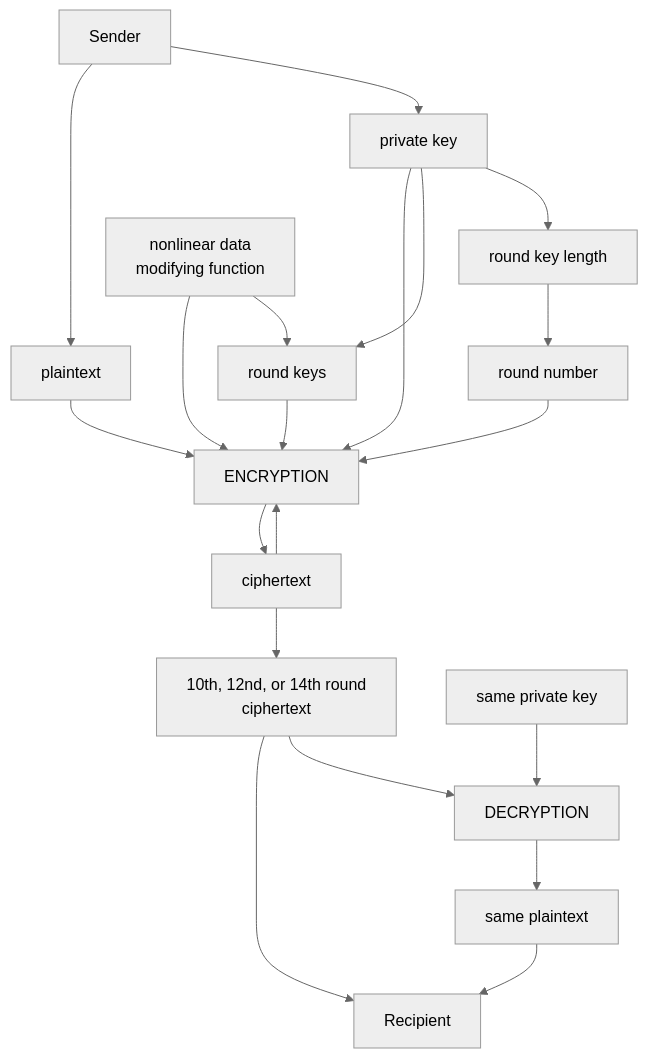
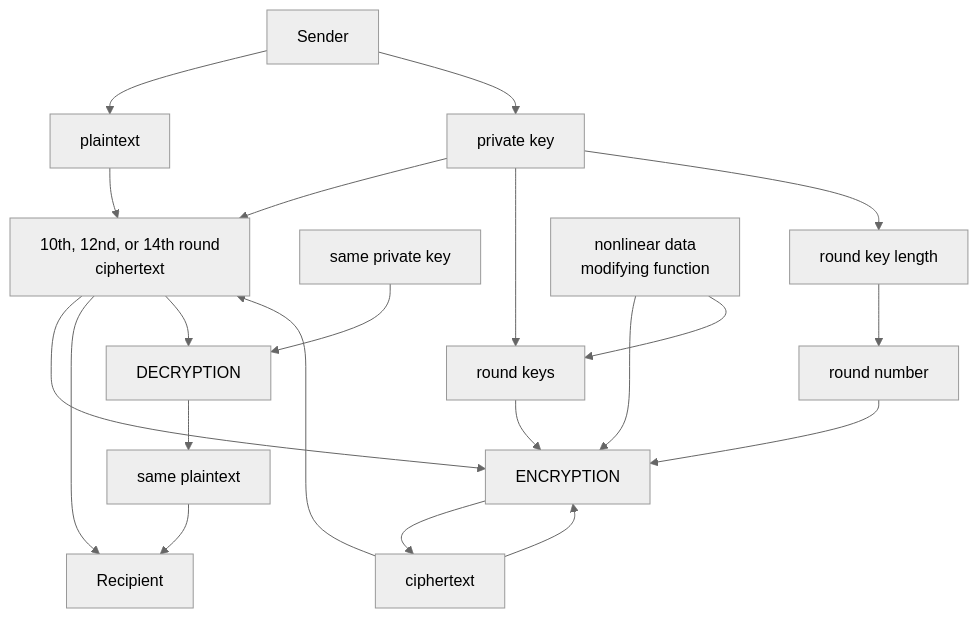
One commit to Kietpawpan/encryption changed the diagram in README.md. Above: the diagram before and after it, drawn with Mermaid (neutral theme).

````diff
--- a/README.md
+++ b/README.md
@@ -5,13 +5,13 @@
 ```mermaid
 flowchart TD
-    A[Sender] --> B[plaintext]-->D
-    C[private key]-->D[ENCRYPTION]-->E[ciphertext]-->D
+    A[Sender] --> B[plaintext]-->FN
+    C[private key]-->FN-->D[ENCRYPTION]-->E[ciphertext]-->D
     E-->FN[10th, 12nd, or 14th round\nciphertext]-->F[Recipient]
     C2[same private key]-->G[DECRYPTION]-->I[same plaintext]-->F
      FN-->G
 A-->C
 C-->RK[round keys]-->D
 C-->RKL[round key length]-->RN[round number]-->D
 FC[nonlinear data \nmodifying function]-->D
 FC-->RK
 ```
````
